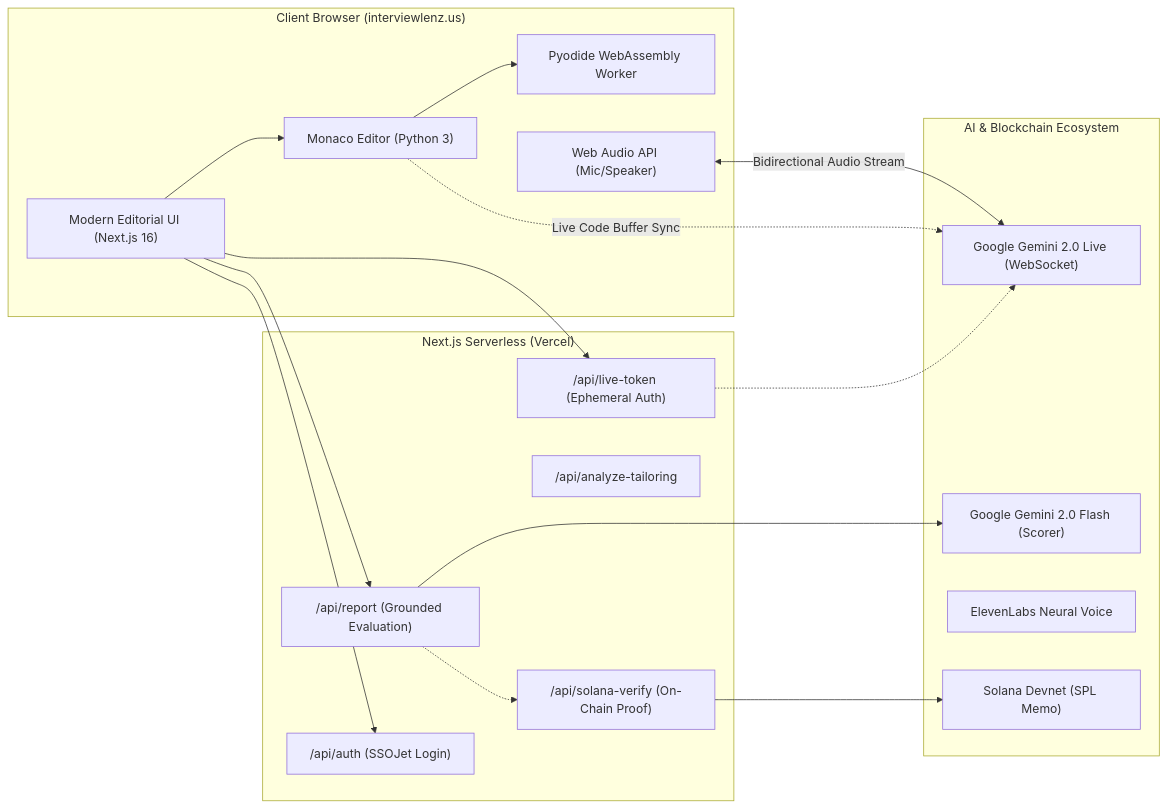
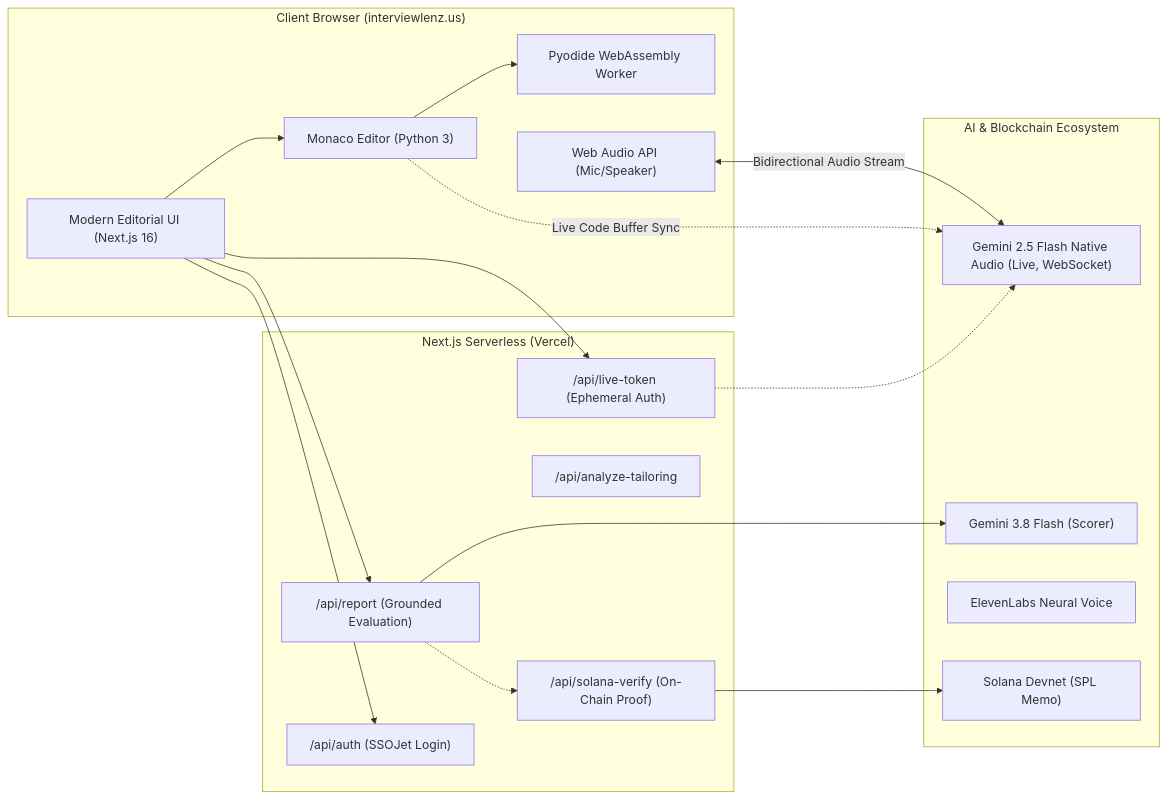
One commit to Ismail-Abu/interviewlenz changed the diagram in README.md. Above: the diagram before and after it, drawn with Mermaid. The commit also changed other lines of this file and 1 other file, not shown here.

First line of the commit message:
docs: add 1st place SSOJet award, correct Gemini models, live CI badge, MIT license

````diff
--- a/README.md
+++ b/README.md
@@ -107,36 +107,36 @@
 ```mermaid
 flowchart LR
     subgraph Browser ["Client Browser (interviewlenz.us)"]
         UI["Modern Editorial UI (Next.js 16)"]
         Monaco["Monaco Editor (Python 3)"]
         Worker["Pyodide WebAssembly Worker"]
         Audio["Web Audio API (Mic/Speaker)"]
     end
 
     subgraph Backend ["Next.js Serverless (Vercel)"]
         TokenRoute["/api/live-token (Ephemeral Auth)"]
         TailorRoute["/api/analyze-tailoring"]
         ReportRoute["/api/report (Grounded Evaluation)"]
         SolanaRoute["/api/solana-verify (On-Chain Proof)"]
         AuthRoute["/api/auth (SSOJet Login)"]
     end
 
     subgraph AI ["AI & Blockchain Ecosystem"]
-        GeminiLive["Google Gemini 2.0 Live (WebSocket)"]
-        GeminiFlash["Google Gemini 2.0 Flash (Scorer)"]
+        GeminiLive["Gemini 2.5 Flash Native Audio (Live, WebSocket)"]
+        GeminiFlash["Gemini 3.8 Flash (Scorer)"]
         ElevenLabs["ElevenLabs Neural Voice"]
         Solana["Solana Devnet (SPL Memo)"]
     end
 
     UI --> Monaco
     Monaco --> Worker
     Audio <-->|Bidirectional Audio Stream| GeminiLive
     Monaco -.->|Live Code Buffer Sync| GeminiLive
     UI --> TokenRoute
     TokenRoute -.-> GeminiLive
     UI --> ReportRoute
     ReportRoute --> GeminiFlash
     ReportRoute -.-> SolanaRoute
     SolanaRoute --> Solana
     UI --> AuthRoute
 ```
````
